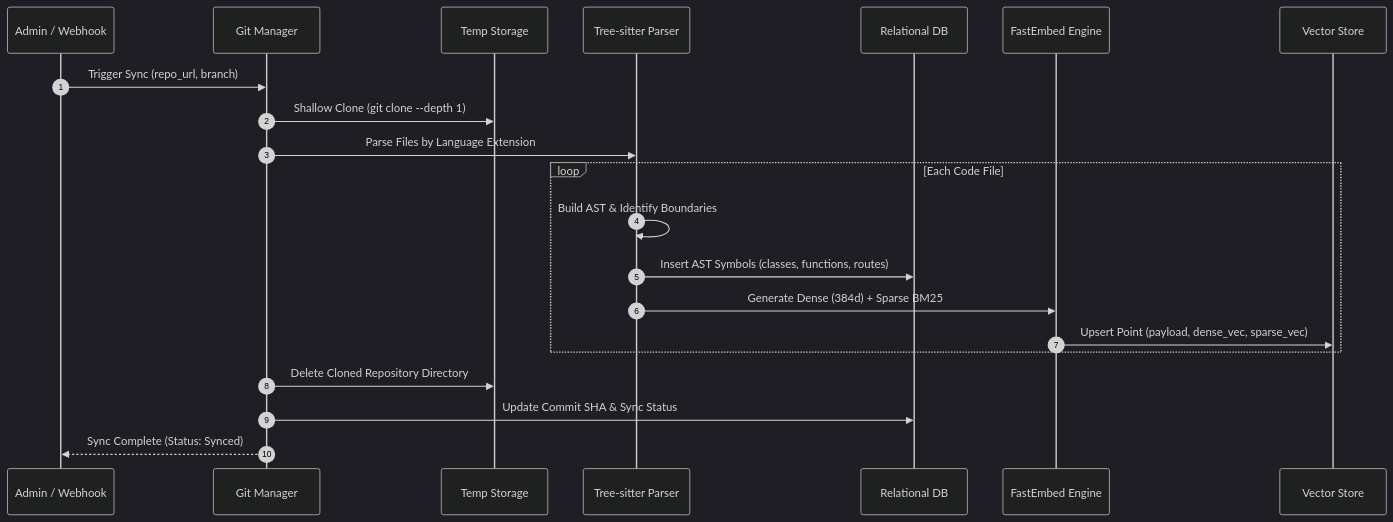
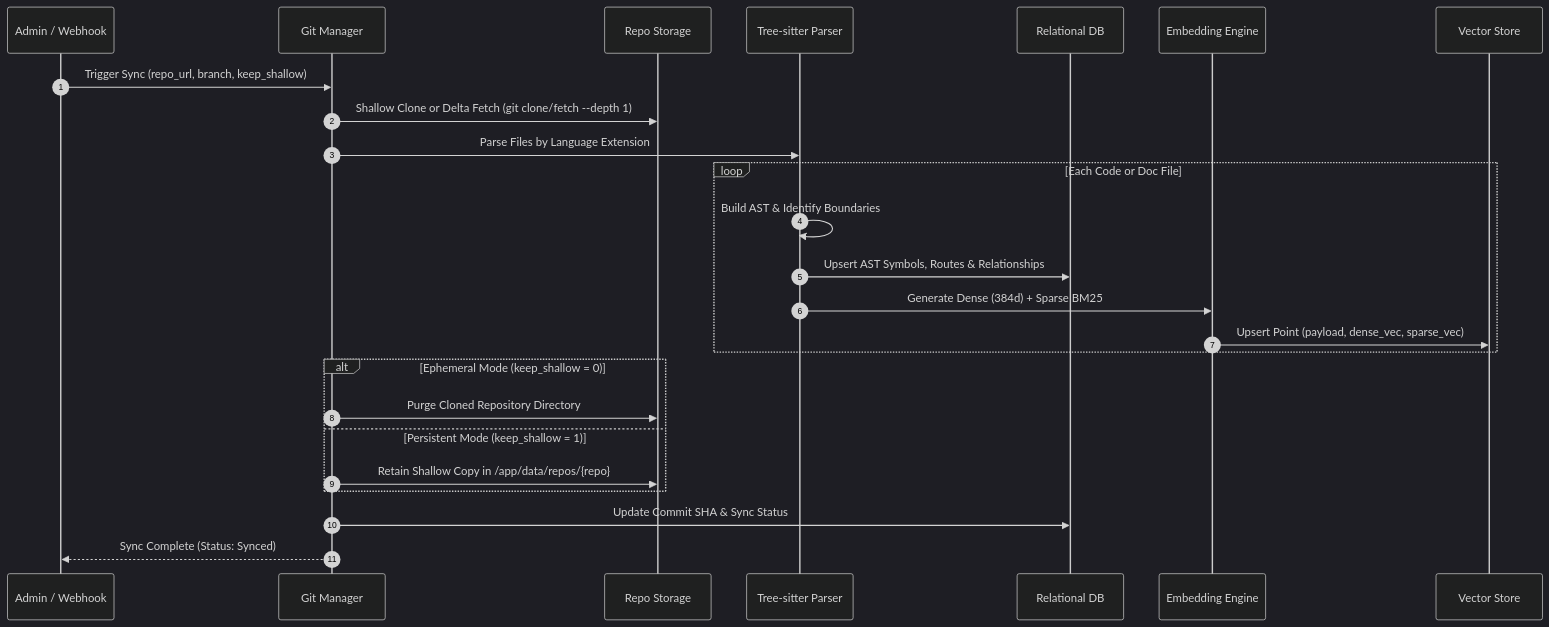
The first of 3 diagrams in docs/architecture/data-pipeline.md (spelech/contextcortex), drawn with Mermaid (dark theme) before and after one commit. The commit also changed other lines of this file and 31 other files, not shown here.

Commit message:
docs: overhaul VitePress navigation, v2.18.0 features, Mermaid sizing, and LaTeX formatting

````diff
--- a/docs/architecture/data-pipeline.md
+++ b/docs/architecture/data-pipeline.md
@@ -9,24 +11,28 @@
 ```mermaid
 sequenceDiagram
     autonumber
     participant Admin as Admin / Webhook
     participant GitMgr as Git Manager
-    participant Disk as Temp Storage
+    participant Disk as Repo Storage
     participant TS as Tree-sitter Parser
     participant DB as Relational DB
-    participant Embed as FastEmbed Engine
+    participant Embed as Embedding Engine
     participant Vector as Vector Store
 
-    Admin->>GitMgr: Trigger Sync (repo_url, branch)
-    GitMgr->>Disk: Shallow Clone (git clone --depth 1)
+    Admin->>GitMgr: Trigger Sync (repo_url, branch, keep_shallow)
+    GitMgr->>Disk: Shallow Clone or Delta Fetch (git clone/fetch --depth 1)
     GitMgr->>TS: Parse Files by Language Extension
-    loop Each Code File
+    loop Each Code or Doc File
         TS->>TS: Build AST & Identify Boundaries
-        TS->>DB: Insert AST Symbols (classes, functions, routes)
+        TS->>DB: Upsert AST Symbols, Routes & Relationships
         TS->>Embed: Generate Dense (384d) + Sparse BM25
         Embed->>Vector: Upsert Point (payload, dense_vec, sparse_vec)
     end
-    GitMgr->>Disk: Delete Cloned Repository Directory
+    alt Ephemeral Mode (keep_shallow = 0)
+        GitMgr->>Disk: Purge Cloned Repository Directory
+    else Persistent Mode (keep_shallow = 1)
+        GitMgr->>Disk: Retain Shallow Copy in /app/data/repos/{repo}
+    end
     GitMgr->>DB: Update Commit SHA & Sync Status
     GitMgr-->>Admin: Sync Complete (Status: Synced)
 ```
````
